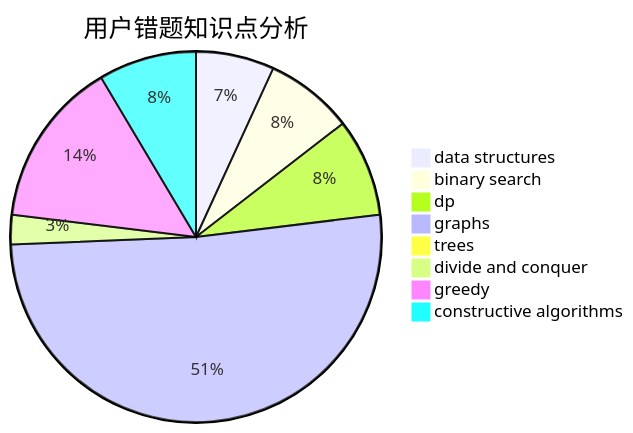
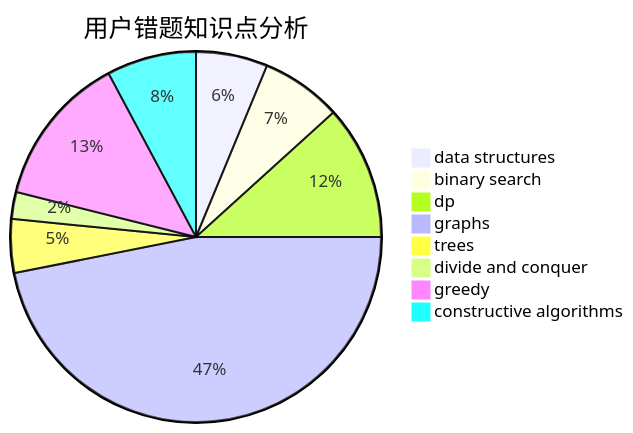
One commit to sherpahu/cfrs.github.io changed the third of 3 diagrams in docs/user/u2061.md. Above: the diagram before and after it, drawn with Mermaid. The commit also changed other lines of this file and 2770 other files, not shown here.

````diff
--- a/docs/user/u2061.md
+++ b/docs/user/u2061.md
@@ -36,11 +36,11 @@
 ```mermaid
 pie title 用户错题知识点分析
     "data structures" :  8
     "binary search" :  9
-    "dp" :  10
+    "dp" :  15
     "graphs" :  60
-    "trees" :  1
+    "trees" :  6
     "divide and conquer" :  3
     "greedy" :  17
     "constructive algorithms" :  10
 ```
````
